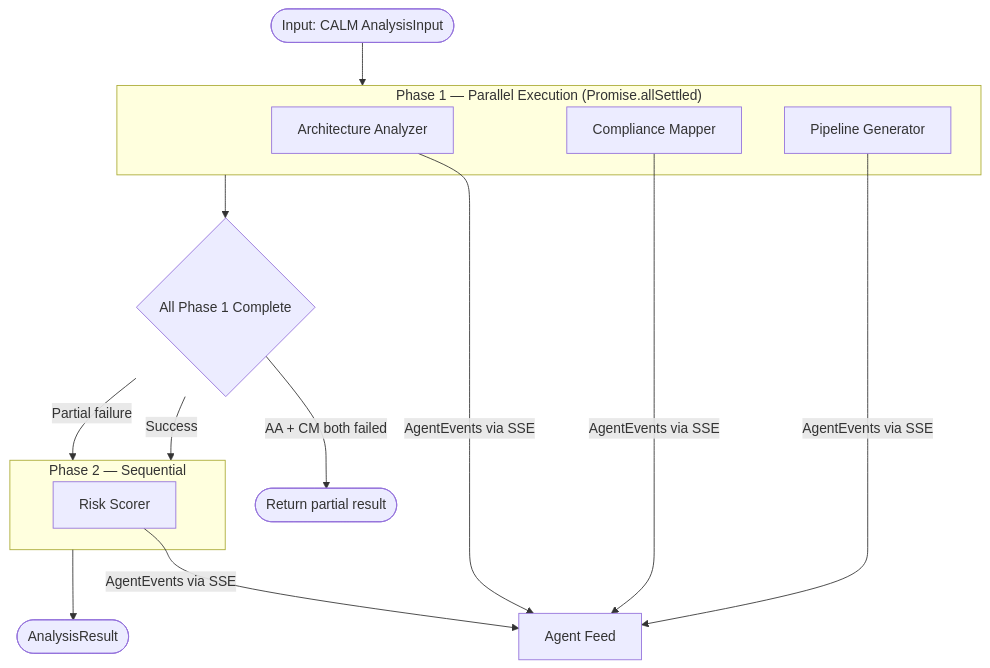
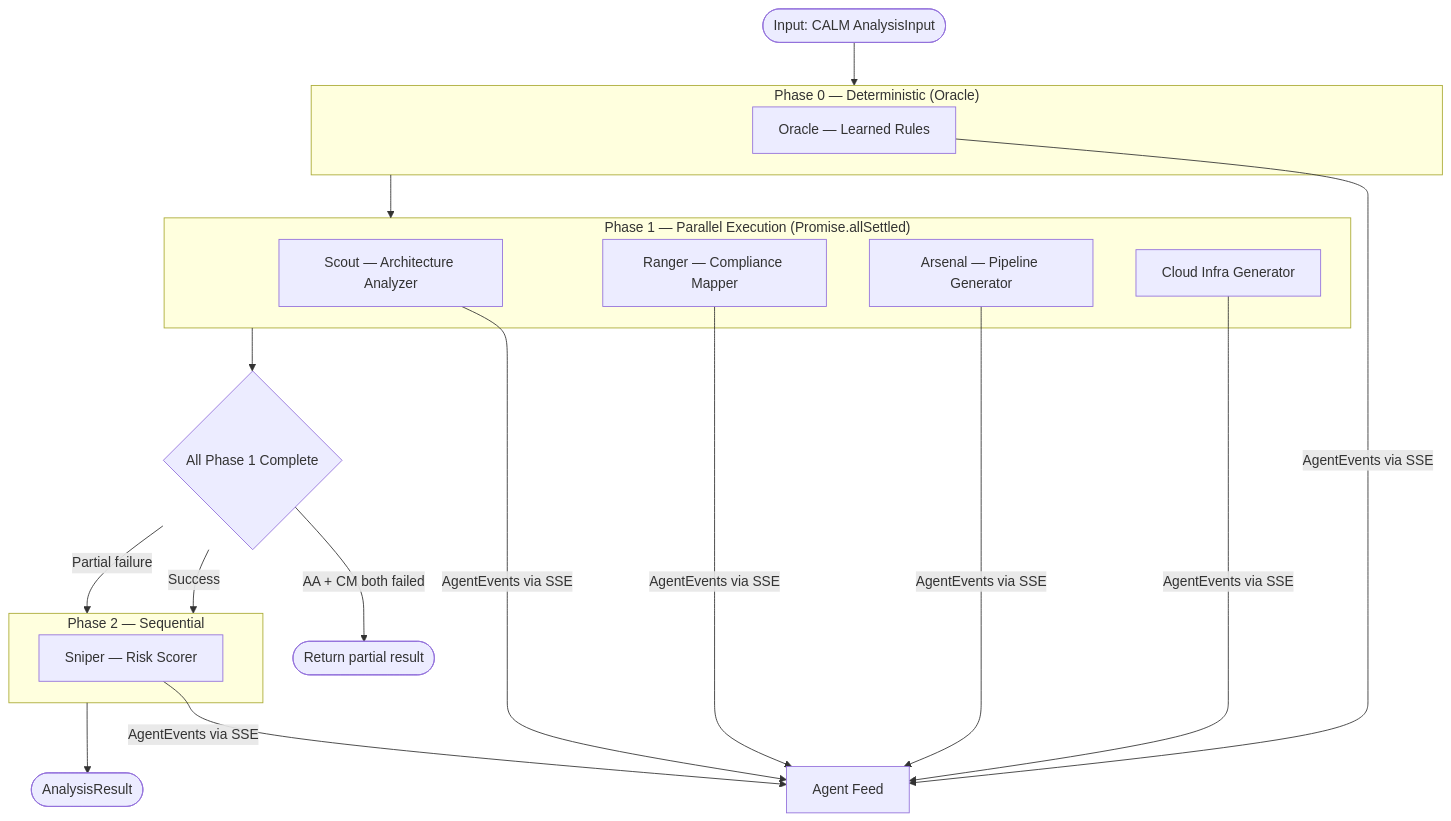
Before and after one commit to opsflo/calmguard: the diagram in docs/docs/architecture/agent-system.md, drawn with Mermaid. The commit also changed other lines of this file and 4 other files, not shown here.

First line of the commit message:
docs: update agent squad callsigns in docs, close Phase 11, update state

````diff
--- a/docs/docs/architecture/agent-system.md
+++ b/docs/docs/architecture/agent-system.md
@@ -21,26 +23,35 @@
 ```mermaid
 flowchart TD
-    START([Input: CALM AnalysisInput]) --> P1
+    START([Input: CALM AnalysisInput]) --> P0
+
+    subgraph P0 ["Phase 0 — Deterministic (Oracle)"]
+        ORC[Oracle — Learned Rules]
+    end
+
+    P0 --> P1
 
     subgraph P1 ["Phase 1 — Parallel Execution (Promise.allSettled)"]
-        AA[Architecture Analyzer]
-        CM[Compliance Mapper]
-        PG[Pipeline Generator]
+        AA[Scout — Architecture Analyzer]
+        CM[Ranger — Compliance Mapper]
+        PG[Arsenal — Pipeline Generator]
+        CI[Cloud Infra Generator]
     end
 
     P1 --> GATE{All Phase 1 Complete}
     GATE -->|Success| P2
     GATE -->|Partial failure| P2
     GATE -->|AA + CM both failed| ERROR([Return partial result])
 
     subgraph P2 ["Phase 2 — Sequential"]
-        RS[Risk Scorer]
+        RS[Sniper — Risk Scorer]
     end
 
     P2 --> RESULT([AnalysisResult])
 
-    AA -->|AgentEvents via SSE| FEED[Agent Feed]
+    ORC -->|AgentEvents via SSE| FEED[Agent Feed]
+    AA -->|AgentEvents via SSE| FEED
     CM -->|AgentEvents via SSE| FEED
     PG -->|AgentEvents via SSE| FEED
+    CI -->|AgentEvents via SSE| FEED
     RS -->|AgentEvents via SSE| FEED
 ```
````
